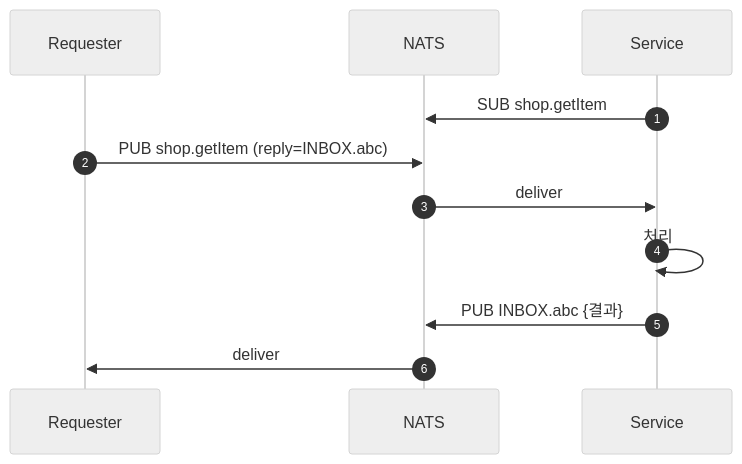
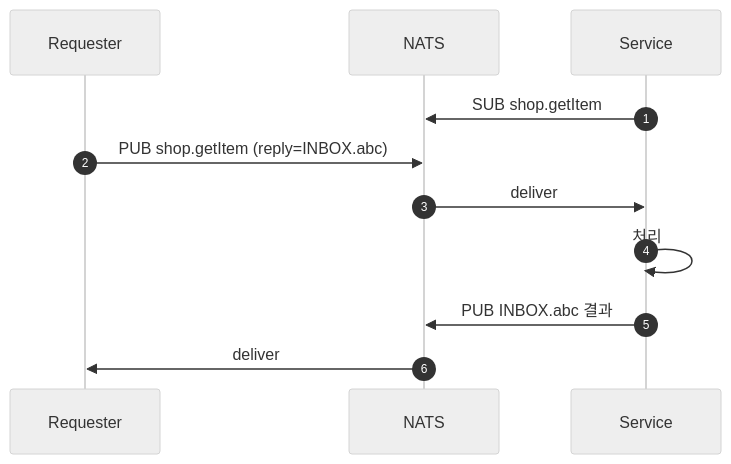
Before and after one commit to shinkeonkim/shinkeonkim.github.io: the first of 5 diagrams in src/content/wiki/distributed-systems/nats.mdx, drawn with Mermaid (neutral theme). The commit also changed other lines of this file and 526 other files, not shown here.

First line of the commit message:
content(wiki): 전수조사 및 대규모 보강 (짧은 파일 0, mermaid +645)

````diff
--- a/src/content/wiki/distributed-systems/nats.mdx
+++ b/src/content/wiki/distributed-systems/nats.mdx
@@ -56,14 +56,14 @@
 ```mermaid
 sequenceDiagram
     autonumber
     participant R as Requester
     participant N as NATS
     participant S as Service
 
     S->>N: SUB shop.getItem
     R->>N: PUB shop.getItem (reply=INBOX.abc)
     N->>S: deliver
     S->>S: 처리
-    S->>N: PUB INBOX.abc {결과}
+    S->>N: PUB INBOX.abc 결과
     N->>R: deliver
 ```
````
